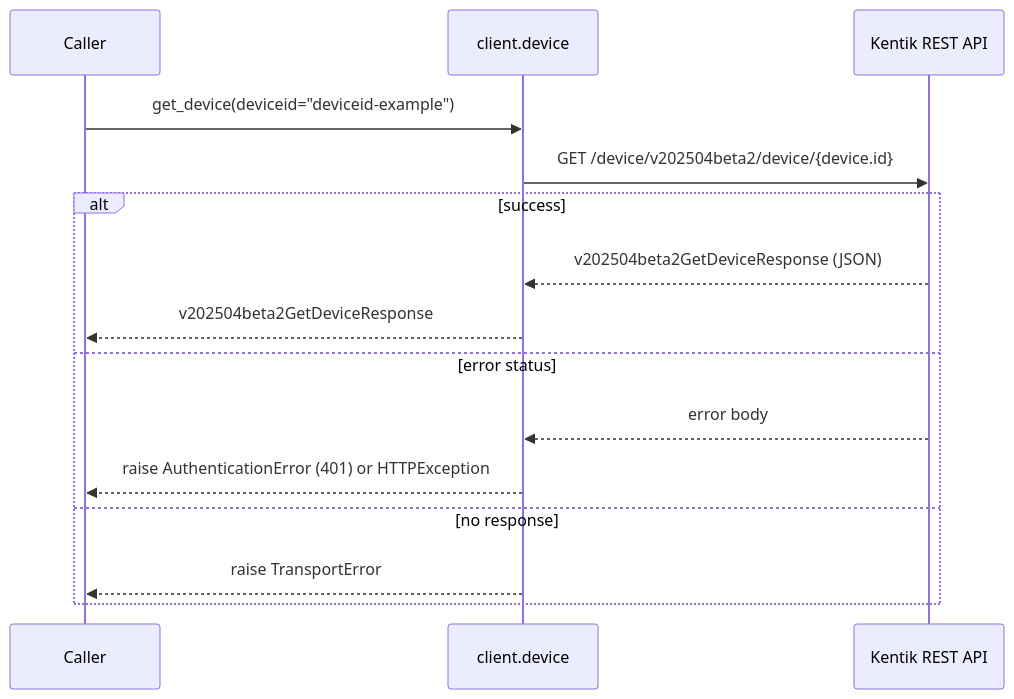
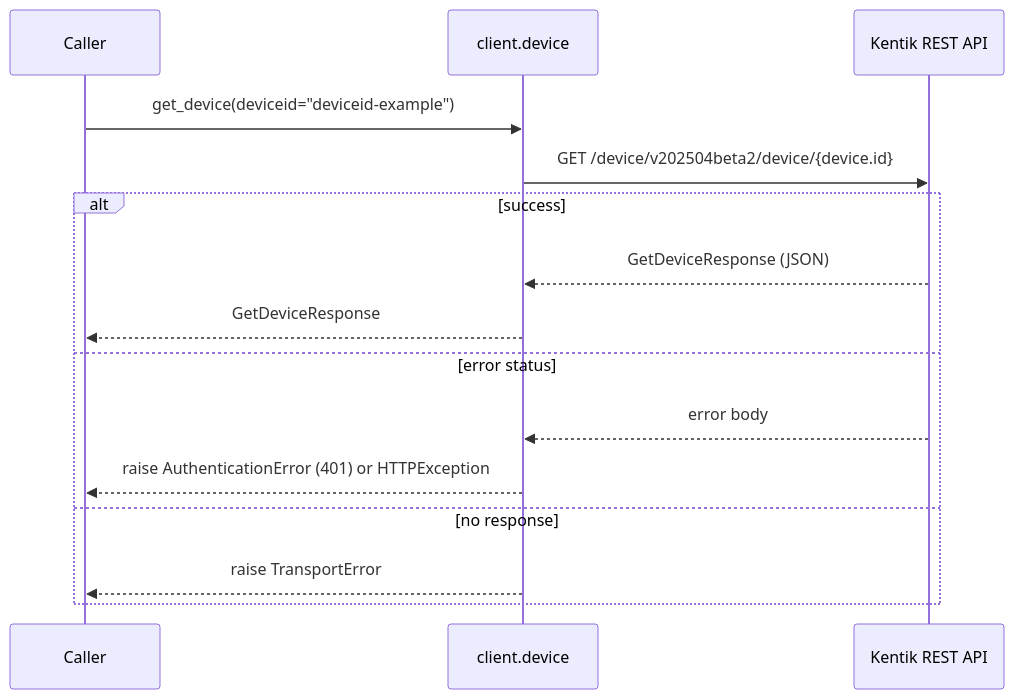
One commit to alexdearaujo/community_sdk_python changed diagram 14 of 22 in docs/sphinx/services/device.md. Above: the diagram before and after it, drawn with Mermaid. The commit also changed other lines of this file and 38 other files, not shown here.

````diff
--- a/docs/sphinx/services/device.md
+++ b/docs/sphinx/services/device.md
@@ -494,18 +494,18 @@
 ```mermaid
 sequenceDiagram
     participant C as Caller
     participant W as client.device
     participant API as Kentik REST API
 
     C->>W: get_device(deviceid="deviceid-example")
     W->>API: GET /device/v202504beta2/device/{device.id}
     alt success
-        API-->>W: v202504beta2GetDeviceResponse (JSON)
-        W-->>C: v202504beta2GetDeviceResponse
+        API-->>W: GetDeviceResponse (JSON)
+        W-->>C: GetDeviceResponse
     else error status
         API-->>W: error body
         W-->>C: raise AuthenticationError (401) or HTTPException
     else no response
         W-->>C: raise TransportError
     end
 ```
````
